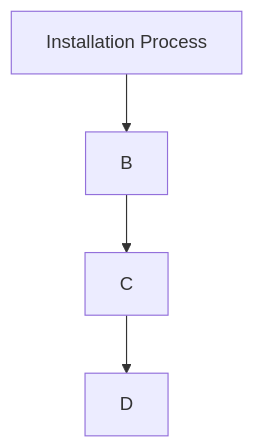
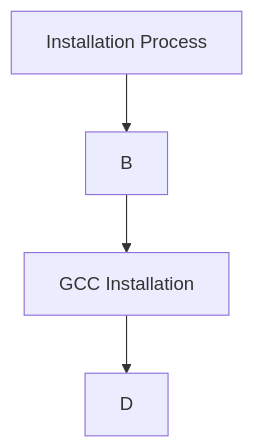
The second of 2 diagrams in README.md (StanislavOdnorog/NvChadMacStupidInstaller), drawn with Mermaid before and after one commit.

````diff
--- a/README.md
+++ b/README.md
@@ -28,6 +28,6 @@
 ```mermaid
 graph TD;
     A[Installation Process]-->B;
-    B-->C;
+    B-->C[GCC Installation];
     C-->D;
 ```
````
